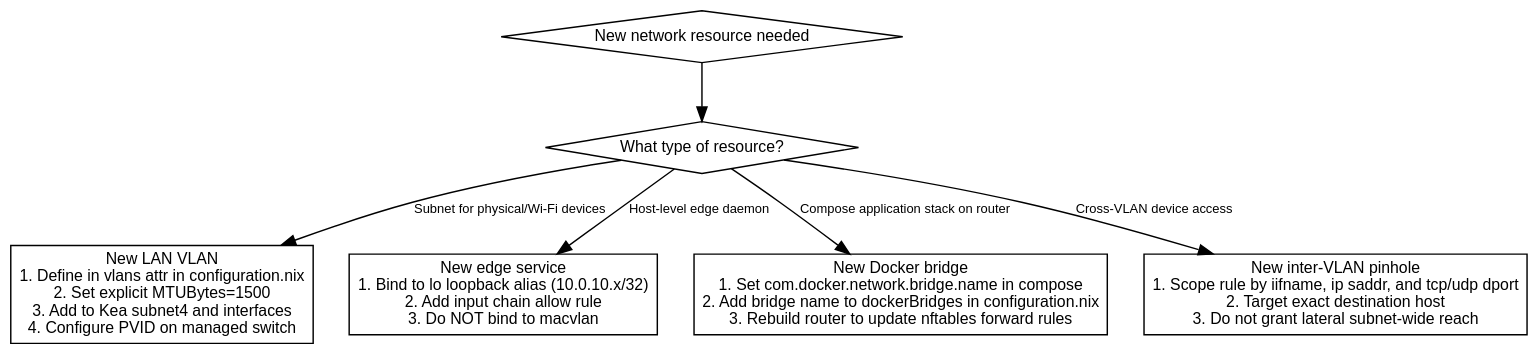
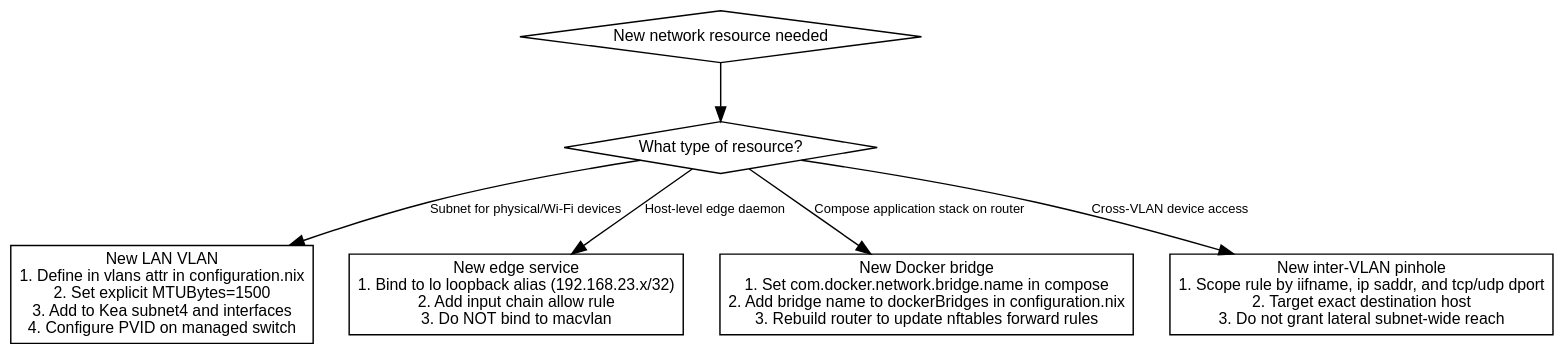
One commit to erfianugrah/lexicanum changed the third of 3 diagrams in src/content/docs/reference/nixos-router-network-design.mdx. Above: the diagram before and after it, drawn with Graphviz. The commit also changed other lines of this file and 17 other files, not shown here.

````diff
--- a/src/content/docs/reference/nixos-router-network-design.mdx
+++ b/src/content/docs/reference/nixos-router-network-design.mdx
@@ -474,22 +474,22 @@
 ```dot
 digraph {
   rankdir=TB; bgcolor="transparent"; nodesep=0.35; ranksep=0.55;
   fontname="Helvetica,Arial,sans-serif";
   node [fontname="Helvetica,Arial,sans-serif", fontsize=11, shape=box];
   edge [fontname="Helvetica,Arial,sans-serif", fontsize=9];
 
   start [label="New network resource needed", shape=diamond];
   q_type [label="What type of resource?", shape=diamond];
   
   vlan [label="New LAN VLAN\n1. Define in vlans attr in configuration.nix\n2. Set explicit MTUBytes=1500\n3. Add to Kea subnet4 and interfaces\n4. Configure PVID on managed switch"];
-  svc [label="New edge service\n1. Bind to lo loopback alias (10.0.10.x/32)\n2. Add input chain allow rule\n3. Do NOT bind to macvlan"];
+  svc [label="New edge service\n1. Bind to lo loopback alias (192.168.23.x/32)\n2. Add input chain allow rule\n3. Do NOT bind to macvlan"];
   bridge [label="New Docker bridge\n1. Set com.docker.network.bridge.name in compose\n2. Add bridge name to dockerBridges in configuration.nix\n3. Rebuild router to update nftables forward rules"];
   pinhole [label="New inter-VLAN pinhole\n1. Scope rule by iifname, ip saddr, and tcp/udp dport\n2. Target exact destination host\n3. Do not grant lateral subnet-wide reach"];
 
   start -> q_type;
   q_type -> vlan [label="Subnet for physical/Wi-Fi devices"];
   q_type -> svc [label="Host-level edge daemon"];
   q_type -> bridge [label="Compose application stack on router"];
   q_type -> pinhole [label="Cross-VLAN device access"];
 }
 ```
````
